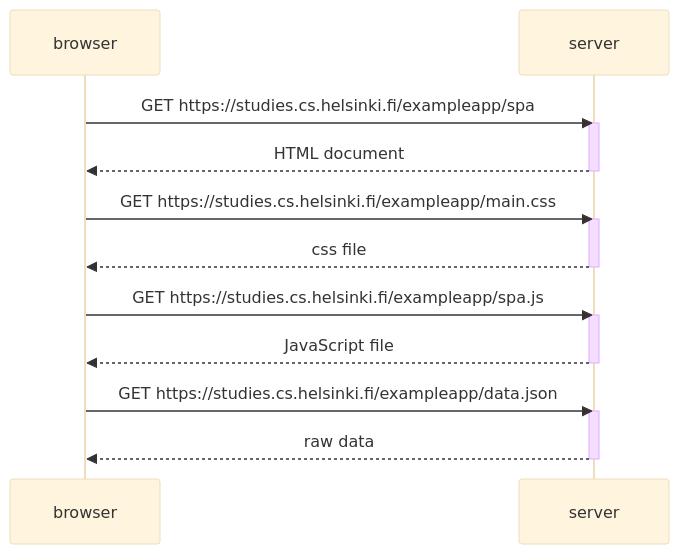
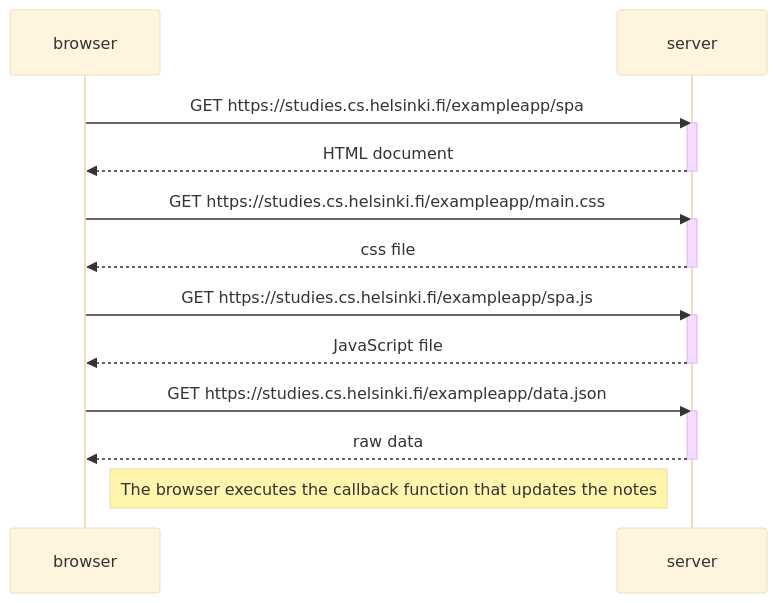
One commit to ngarciaotero/full_stack_open changed the diagram in part_0/single_page_app_diagram.md. Above: the diagram before and after it, drawn with Mermaid (base theme).

Commit message:
added a comment to the last step

````diff
--- a/part_0/single_page_app_diagram.md
+++ b/part_0/single_page_app_diagram.md
@@ -1,25 +1,26 @@
 ```mermaid
 sequenceDiagram
     participant browser
     participant server
 
     browser->>server: GET https://studies.cs.helsinki.fi/exampleapp/spa
     activate server
     server-->>browser: HTML document
     deactivate server
 
     browser->>server: GET https://studies.cs.helsinki.fi/exampleapp/main.css
     activate server
     server-->>browser: css file
     deactivate server
 
     browser->>server: GET https://studies.cs.helsinki.fi/exampleapp/spa.js
     activate server
     server-->>browser: JavaScript file
     deactivate server
 
     browser->>server: GET https://studies.cs.helsinki.fi/exampleapp/data.json
     activate server
     server-->>browser: raw data
     deactivate server
+    Note right of browser: The browser executes the callback function that updates the notes
 ```
````
